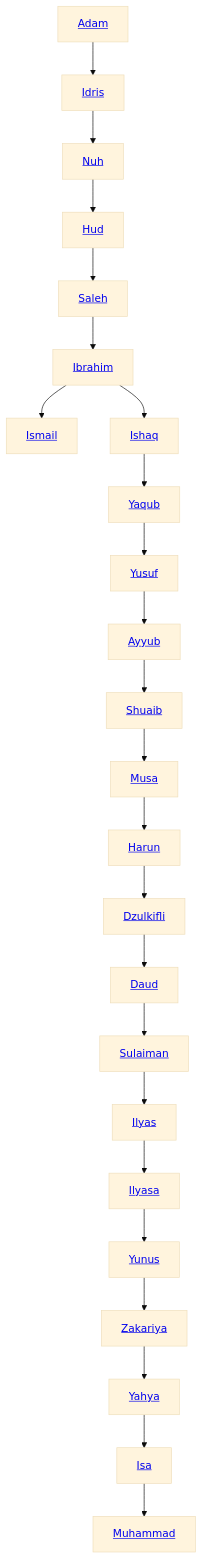
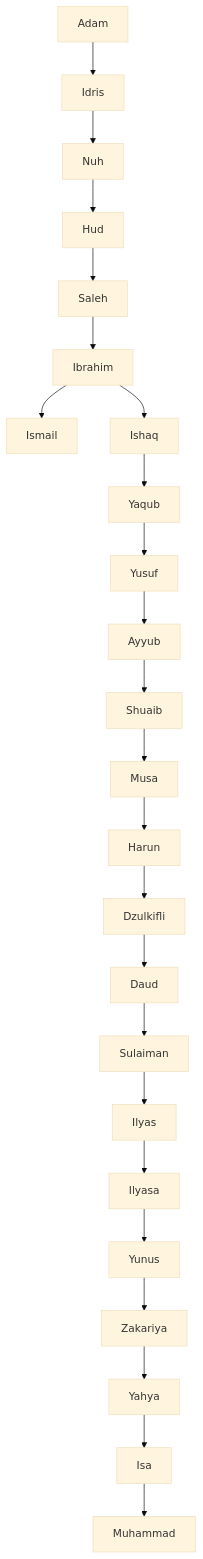
One commit to bagustris/kisah-nabi changed the diagram in index.md. Above: the diagram before and after it, drawn with Mermaid (base theme).

````diff
--- a/index.md
+++ b/index.md
@@ -7,26 +7,51 @@
 ```mermaid
 graph TD
-A[<a href='adam.md'>Adam</a>] --> B[<a href='idris.md'>Idris</a>]
-    B --> C[<a href='nuh.md'>Nuh</a>]
-    C --> D[<a href='hud.md'>Hud</a>]
-    D --> E[<a href='saleh.md'>Saleh</a>]
-    E --> F[<a href='ibrahim.md'>Ibrahim</a>]
-    F --> G[<a href='ismail.md'>Ismail</a>]
-    F --> H[<a href='ishaq.md'>Ishaq</a>]
-    H --> I[<a href='yaqub.md'>Yaqub</a>]
-    I --> J[<a href='yusuf.md'>Yusuf</a>]
-    J --> K[<a href='ayyub.md'>Ayyub</a>]
-    K --> L[<a href='shuaib.md'>Shuaib</a>]
-    L --> M[<a href='musa.md'>Musa</a>]
-    M --> N[<a href='harun.md'>Harun</a>]
-    N --> O[<a href='dzulkifli.md'>Dzulkifli</a>]
-    O --> P[<a href='daud.md'>Daud</a>]
-    P --> Q[<a href='sulaiman.md'>Sulaiman</a>]
-    Q --> R[<a href='ilyas.md'>Ilyas</a>]
-    R --> S[<a href='ilyasa.md'>Ilyasa</a>]
-    S --> T[<a href='yunus.md'>Yunus</a>]
-    T --> U[<a href='zakariya.md'>Zakariya</a>]
-    U --> V[<a href='yahya.md'>Yahya</a>]
-    V --> W[<a href='isa.md'>Isa</a>]
-    W --> X[<a href='muhammad.md'>Muhammad</a>]
+    Adam --> Idris
+    Idris --> Nuh
+    Nuh --> Hud
+    Hud --> Saleh
+    Saleh --> Ibrahim
+    Ibrahim --> Ismail
+    Ibrahim --> Ishaq
+    Ishaq --> Yaqub
+    Yaqub --> Yusuf
+    Yusuf --> Ayyub
+    Ayyub --> Shuaib
+    Shuaib --> Musa
+    Musa --> Harun
+    Harun --> Dzulkifli
+    Dzulkifli --> Daud
+    Daud --> Sulaiman
+    Sulaiman --> Ilyas
+    Ilyas --> Ilyasa
+    Ilyasa --> Yunus
+    Yunus --> Zakariya
+    Zakariya --> Yahya
+    Yahya --> Isa
+    Isa --> Muhammad
+
+    click Adam href "https://bagustris.github.io/kisah-nabi/adam"
+    click Idris href "idris.md"
+    click Nuh href "nuh.md"
+    click Hud href "hud.md"
+    click Saleh href "saleh.md"
+    click Ibrahim href "ibrahim.md"
+    click Ismail href "ismail.md"
+    click Ishaq href "ishaq.md"
+    click Yaqub href "yaqub.md"
+    click Yusuf href "yusuf.md"
+    click Ayyub href "ayyub.md"
+    click Shuaib href "shuaib.md"
+    click Musa href "musa.md"
+    click Harun href "harun.md"
+    click Dzulkifli href "dzulkifli.md"
+    click Daud href "daud.md"
+    click Sulaiman href "sulaiman.md"
+    click Ilyas href "ilyas.md"
+    click Ilyasa href "ilyasa.md"
+    click Yunus href "yunus.md"
+    click Zakariya href "zakariya.md"
+    click Yahya href "yahya.md"
+    click Isa href "isa.md"
+    click Muhammad href "muhammad.md"
 ```
````
